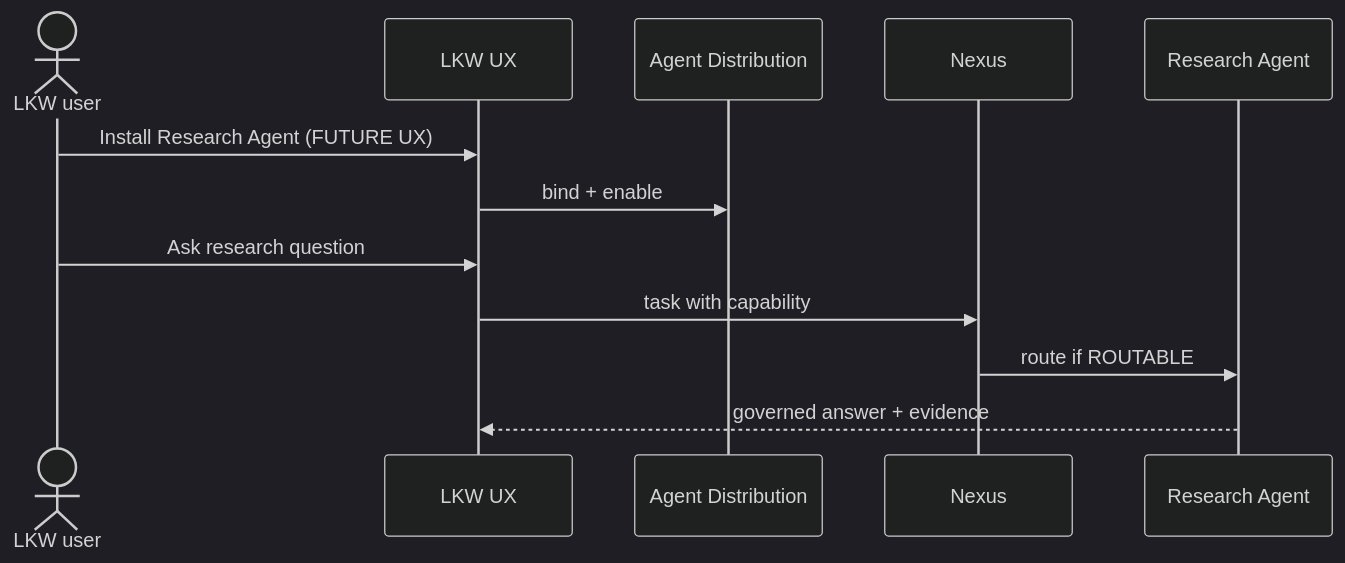
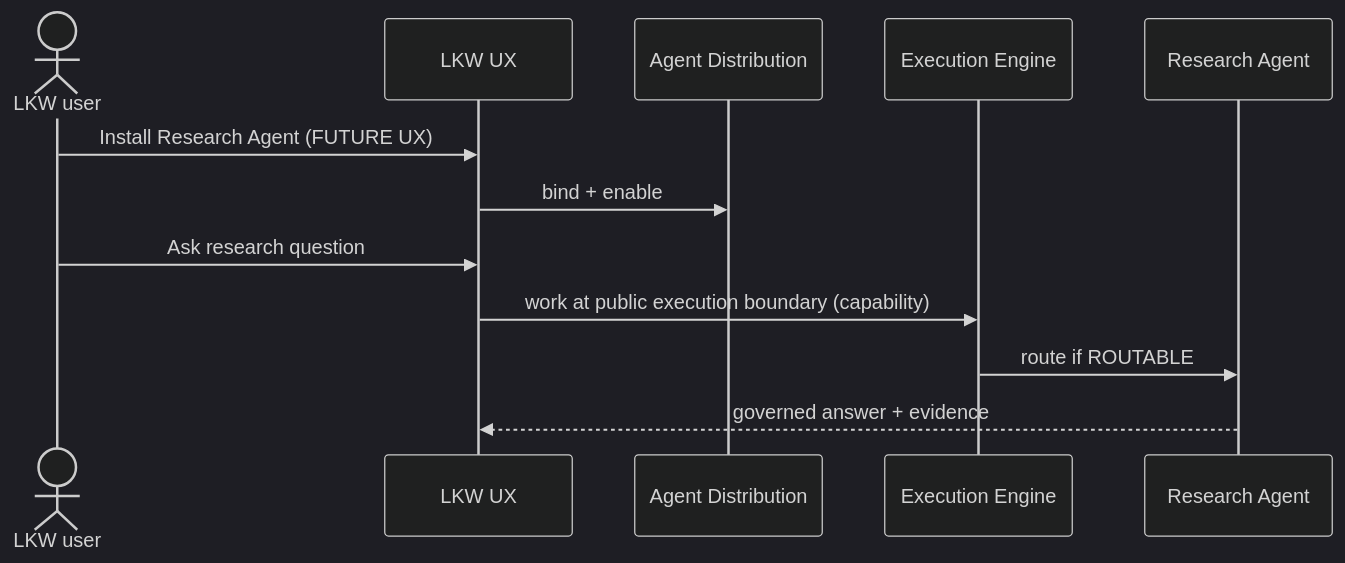
Before and after one commit to jakbuczarnecki/intergrax: diagram 20 of 24 in docs/project/overview/AGENT_MARKETPLACE.md, drawn with Mermaid (dark theme). The commit also changed other lines of this file, not shown here.

First line of the commit message:
docs(marketplace): align agent marketplace with execution boundary

````diff
--- a/docs/project/overview/AGENT_MARKETPLACE.md
+++ b/docs/project/overview/AGENT_MARKETPLACE.md
@@ -837,15 +854,15 @@
 ```mermaid
 sequenceDiagram
     actor U as LKW user
     participant LKW as LKW UX
     participant AD as Agent Distribution
-    participant N as Nexus
+    participant EE as Execution Engine
     participant RA as Research Agent
 
     U->>LKW: Install Research Agent (FUTURE UX)
     LKW->>AD: bind + enable
     U->>LKW: Ask research question
-    LKW->>N: task with capability
-    N->>RA: route if ROUTABLE
+    LKW->>EE: work at public execution boundary (capability)
+    EE->>RA: route if ROUTABLE
     RA-->>LKW: governed answer + evidence
 ```
````
